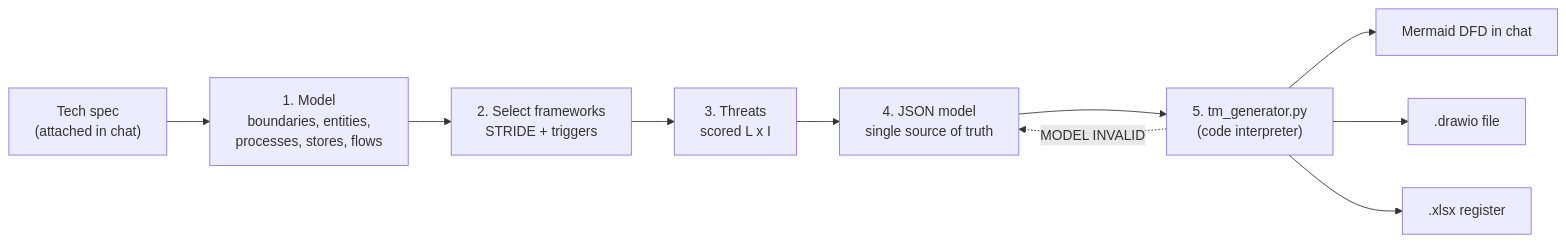
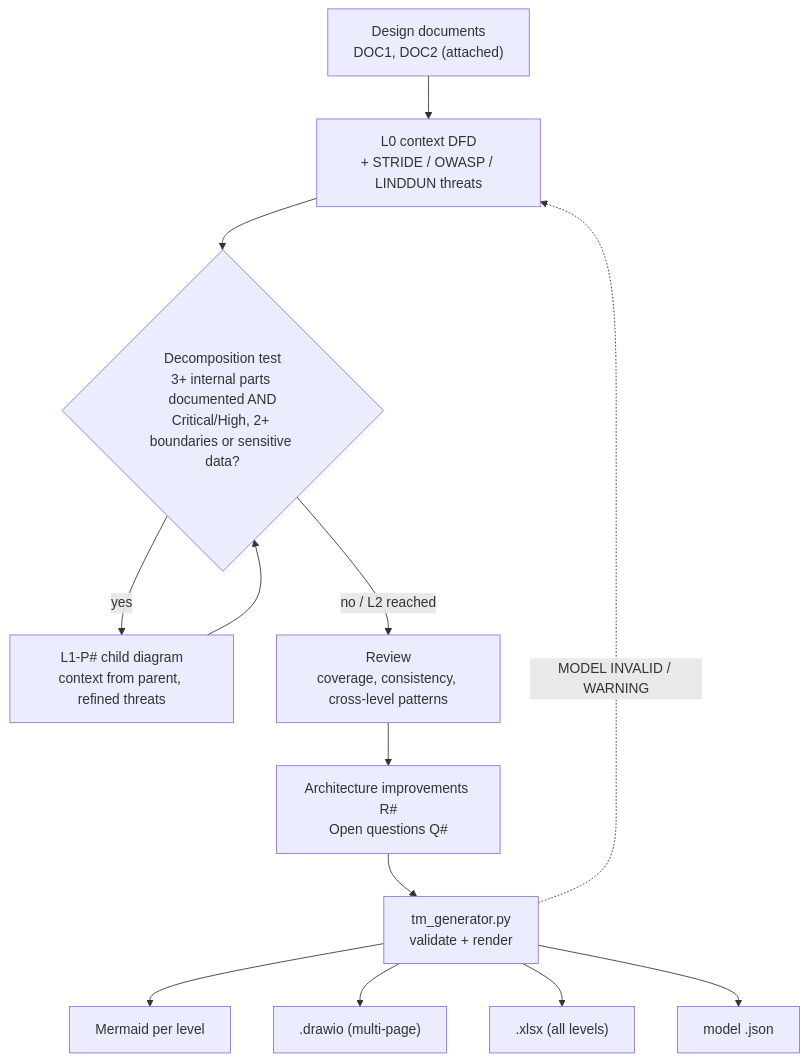
The first of 3 diagrams in README.md (jfang88/copilot-threat-model-agent), drawn with Mermaid before and after one commit. The commit also changed other lines of this file and 18 other files, not shown here.

First line of the commit message:
v2: multi-level decomposition, document references and cross-referenced register

````diff
--- a/README.md
+++ b/README.md
@@ -16,12 +16,15 @@
 ```mermaid
-flowchart LR
-  A["Tech spec<br/>(attached in chat)"] --> B["1. Model<br/>boundaries, entities,<br/>processes, stores, flows"]
-  B --> C["2. Select frameworks<br/>STRIDE + triggers"]
-  C --> D["3. Threats<br/>scored L x I"]
-  D --> E["4. JSON model<br/>single source of truth"]
-  E --> F["5. tm_generator.py<br/>(code interpreter)"]
-  F --> G["Mermaid DFD in chat"]
-  F --> H[".drawio file"]
-  F --> I[".xlsx register"]
-  F -. "MODEL INVALID" .-> E
+flowchart TD
+  A["Design documents<br/>DOC1, DOC2 (attached)"] --> B["L0 context DFD<br/>+ STRIDE / OWASP / LINDDUN threats"]
+  B --> C{"Decomposition test<br/>3+ internal parts documented AND<br/>Critical/High, 2+ boundaries or sensitive data?"}
+  C -- yes --> D["L1-P# child diagram<br/>context from parent, refined threats"]
+  D --> C
+  C -- no / L2 reached --> E["Review<br/>coverage, consistency, cross-level patterns"]
+  E --> F["Architecture improvements R#<br/>Open questions Q#"]
+  F --> G["tm_generator.py<br/>validate + render"]
+  G --> H["Mermaid per level"]
+  G --> I[".drawio (multi-page)"]
+  G --> J[".xlsx (all levels)"]
+  G --> K["model .json"]
+  G -. "MODEL INVALID / WARNING" .-> B
 ```
````
